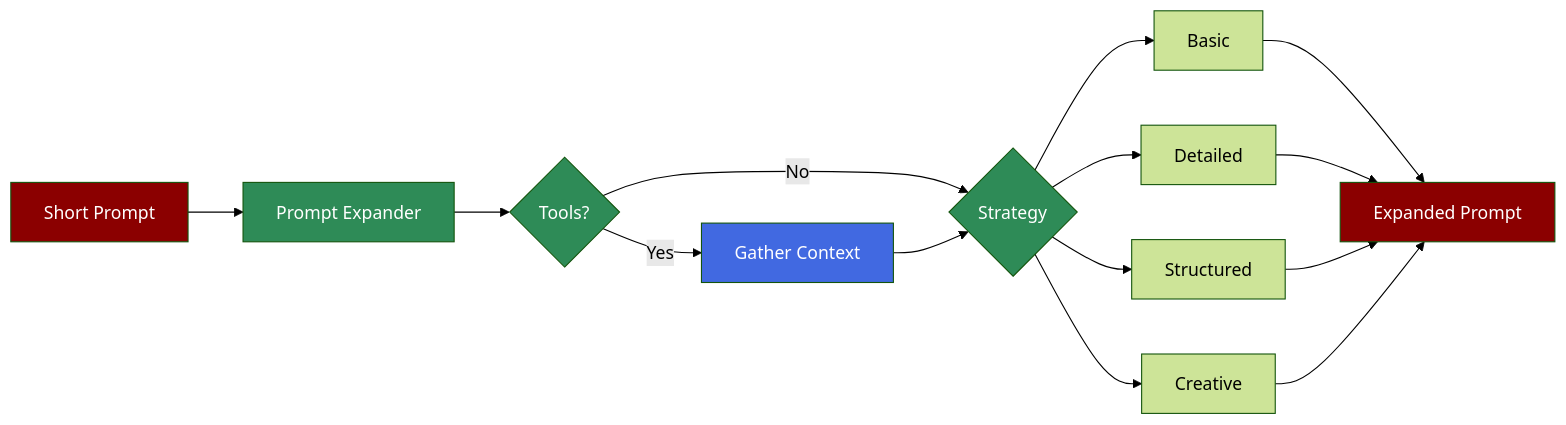
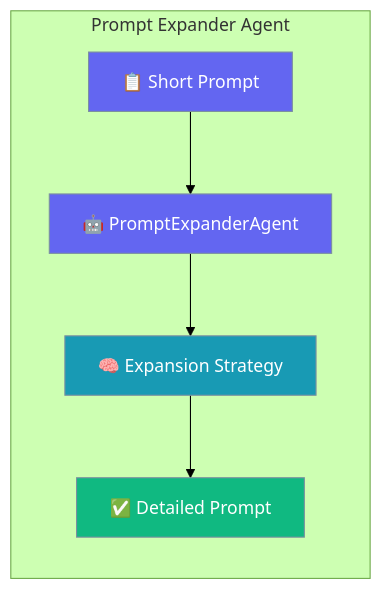
One commit to MervinPraison/PraisonAIDocs changed the first of 2 diagrams in docs/agents/prompt-expander.mdx. Above: the diagram before and after it, drawn with Mermaid (forest theme). The commit also changed other lines of this file and 2 other files, not shown here.

Commit message:
docs: AGENTS.md compliance for vision, prompt-expander, query-rewriter agents (#1733)

````diff
--- a/docs/agents/prompt-expander.mdx
+++ b/docs/agents/prompt-expander.mdx
@@ -8,23 +19,16 @@
 ```mermaid
-flowchart LR
-    In[Short Prompt] --> Agent[Prompt Expander]
-    Agent --> Tools{Tools?}
-    Tools -->|Yes| Context[Gather Context]
-    Tools -->|No| Strategy
-    Context --> Strategy{Strategy}
-    Strategy --> Basic[Basic]
-    Strategy --> Detailed[Detailed]
-    Strategy --> Structured[Structured]
-    Strategy --> Creative[Creative]
-    Basic --> Out[Expanded Prompt]
-    Detailed --> Out
-    Structured --> Out
-    Creative --> Out
-    
-    style In fill:#8B0000,color:#fff
-    style Agent fill:#2E8B57,color:#fff
-    style Tools fill:#2E8B57,color:#fff
-    style Context fill:#4169E1,color:#fff
-    style Strategy fill:#2E8B57,color:#fff
-    style Out fill:#8B0000,color:#fff
+graph LR
+    subgraph "Prompt Expander Agent"
+        User[📋 Short Prompt] --> Agent[🤖 PromptExpanderAgent]
+        Agent --> Strategy[🧠 Expansion Strategy]
+        Strategy --> Result[✅ Detailed Prompt]
+    end
+
+    classDef input fill:#6366F1,stroke:#7C90A0,color:#fff
+    classDef process fill:#189AB4,stroke:#7C90A0,color:#fff
+    classDef output fill:#10B981,stroke:#7C90A0,color:#fff
+
+    class User,Agent input
+    class Strategy process
+    class Result output
 ```
````
